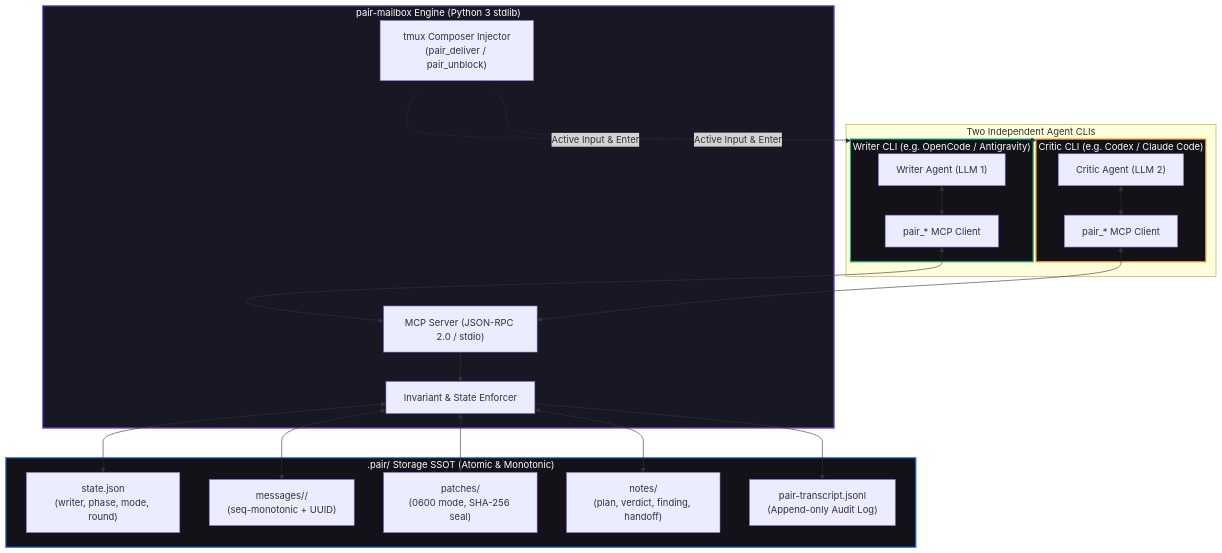
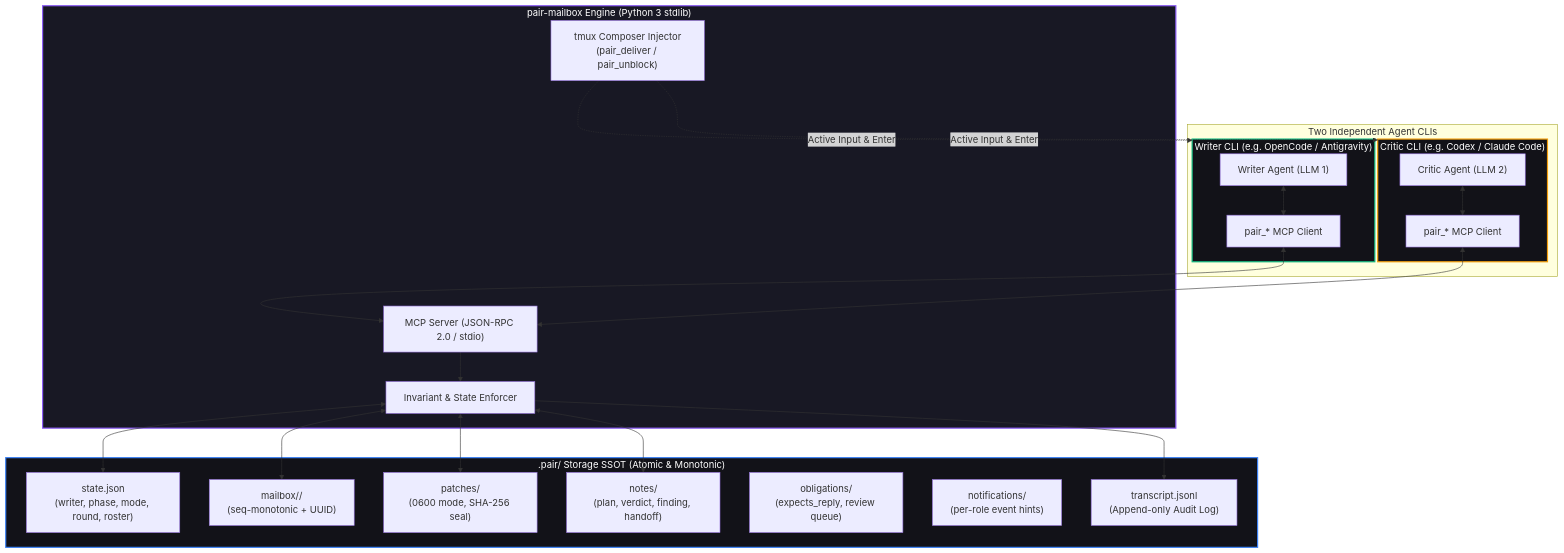
One commit to AVP-Dev/pair-mailbox changed the diagram in README.md. Above: the diagram before and after it, drawn with Mermaid. The commit also changed other lines of this file and 29 other files, not shown here.

````diff
--- a/README.md
+++ b/README.md
@@ -46,48 +46,50 @@
 ```mermaid
 graph TD
     subgraph Agents ["Two Independent Agent CLIs"]
         subgraph CLI_Writer ["Writer CLI (e.g. OpenCode / Antigravity)"]
             AgentA["Writer Agent (LLM 1)"]
             ToolsA["pair_* MCP Client"]
         end
 
         subgraph CLI_Critic ["Critic CLI (e.g. Codex / Claude Code)"]
             AgentB["Critic Agent (LLM 2)"]
             ToolsB["pair_* MCP Client"]
         end
     end
 
     subgraph CoreEngine ["pair-mailbox Engine (Python 3 stdlib)"]
         Server["MCP Server (JSON-RPC 2.0 / stdio)"]
         Authority["Invariant & State Enforcer"]
         Composer["tmux Composer Injector<br/>(pair_deliver / pair_unblock)"]
     end
 
     subgraph Storage [".pair/ Storage SSOT (Atomic & Monotonic)"]
-        State["state.json<br/>(writer, phase, mode, round)"]
-        Mailbox["messages/<role>/<br/>(seq-monotonic + UUID)"]
+        State["state.json<br/>(writer, phase, mode, round, roster)"]
+        Mailbox["mailbox/<role>/<br/>(seq-monotonic + UUID)"]
         Patches["patches/<br/>(0600 mode, SHA-256 seal)"]
         Notes["notes/<br/>(plan, verdict, finding, handoff)"]
-        Transcript["pair-transcript.jsonl<br/>(Append-only Audit Log)"]
+        Oblig["obligations/<br/>(expects_reply, review queue)"]
+        Notif["notifications/<br/>(per-role event hints)"]
+        Transcript["transcript.jsonl<br/>(Append-only Audit Log)"]
     end
 
     AgentA <--> ToolsA
     AgentB <--> ToolsB
     ToolsA <--> Server
     ToolsB <--> Server
 
     Server --> Authority
     Authority <--> State
     Authority <--> Mailbox
     Authority <--> Patches
     Authority <--> Notes
     Authority --> Transcript
 
     Composer -. "Active Input & Enter" .-> CLI_Writer
     Composer -. "Active Input & Enter" .-> CLI_Critic
 
     style CLI_Writer fill:#121218,stroke:#10b981,stroke-width:2px,color:#fff
     style CLI_Critic fill:#121218,stroke:#f59e0b,stroke-width:2px,color:#fff
     style CoreEngine fill:#181824,stroke:#8b5cf6,stroke-width:2px,color:#fff
     style Storage fill:#121218,stroke:#3b82f6,stroke-width:2px,color:#fff
 ```
````
